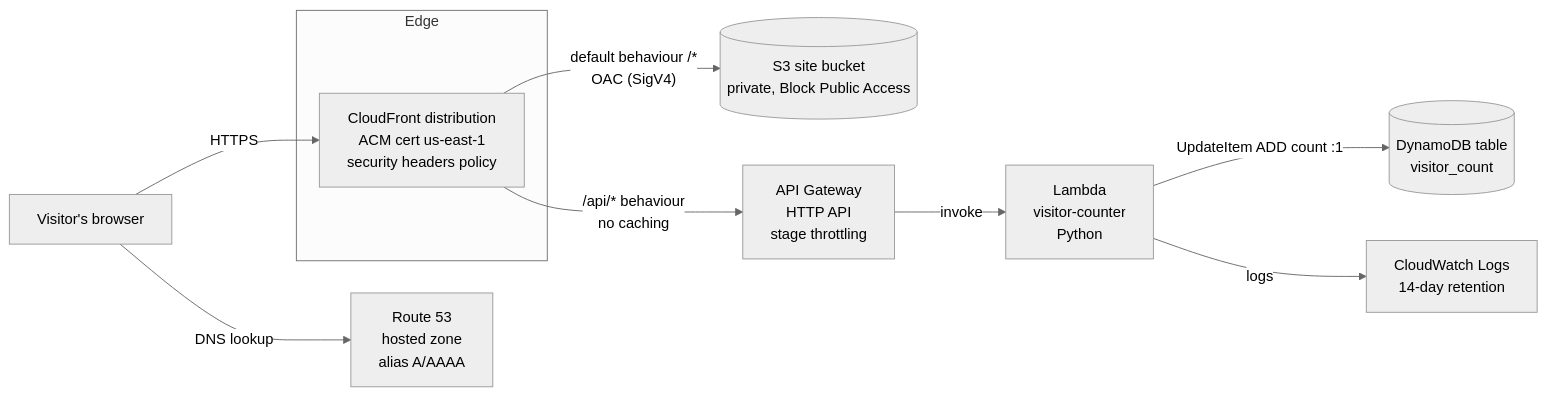
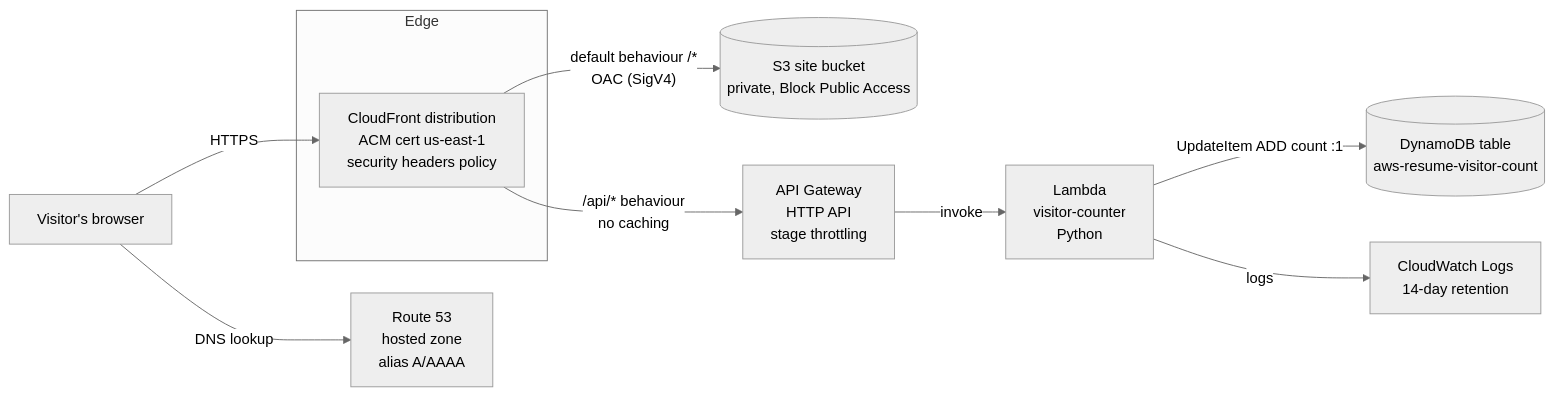
Before and after one commit to aumair658/projects: the first of 2 diagrams in aws_resume/docs/architecture/overview.md, drawn with Mermaid (neutral theme). The commit also changed other lines of this file and 4 other files, not shown here.

First line of the commit message:
aws_resume: record owner decisions on architecture open questions

````diff
--- a/aws_resume/docs/architecture/overview.md
+++ b/aws_resume/docs/architecture/overview.md
@@ -55,15 +55,15 @@
 ```mermaid
 flowchart LR
     U[Visitor's browser] -->|DNS lookup| R53[Route 53<br/>hosted zone<br/>alias A/AAAA]
     U -->|HTTPS| CF[CloudFront distribution<br/>ACM cert us-east-1<br/>security headers policy]
 
     subgraph Edge
       CF
     end
 
     CF -->|"default behaviour /*<br/>OAC (SigV4)"| S3[(S3 site bucket<br/>private, Block Public Access)]
     CF -->|"/api/* behaviour<br/>no caching"| APIGW[API Gateway<br/>HTTP API<br/>stage throttling]
     APIGW -->|invoke| L[Lambda<br/>visitor-counter<br/>Python]
-    L -->|"UpdateItem ADD count :1"| DDB[(DynamoDB table<br/>visitor_count)]
+    L -->|"UpdateItem ADD count :1"| DDB[(DynamoDB table<br/>aws-resume-visitor-count)]
     L -->|logs| CWL[CloudWatch Logs<br/>14-day retention]
 ```
````
